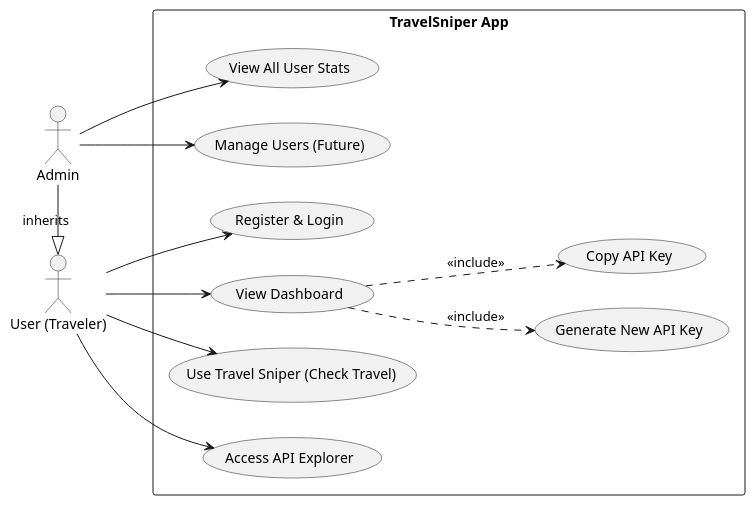
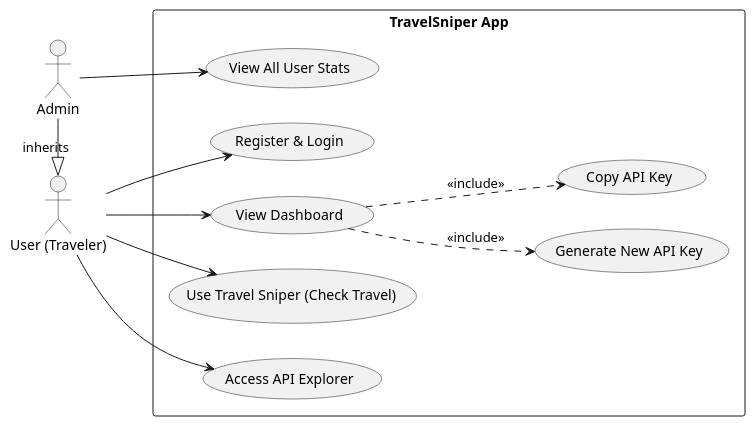
The diagram in usecase.puml (nacho0ol/048_travel-sniper-project_PWS), drawn with PlantUML before and after one commit. The commit also changed 1 other file, not shown here.

```diff
--- a/usecase.puml
+++ b/usecase.puml
@@ -1,28 +1,28 @@
 @startuml
 left to right direction
 actor "User (Traveler)" as User
 actor "Admin" as Admin
 
 rectangle "TravelSniper App" {
   usecase "Register & Login" as UC1
   usecase "View Dashboard" as UC2
   usecase "Generate New API Key" as UC3
   usecase "Copy API Key" as UC4
   usecase "Use Travel Sniper (Check Travel)" as UC5
   usecase "Access API Explorer" as UC6
   usecase "View All User Stats" as UC7
-  usecase "Manage Users (Future)" as UC8
+  
 }
 
 User --> UC1
 User --> UC2
 User --> UC5
 User --> UC6
 
 UC2 ..> UC3 : <<include>>
 UC2 ..> UC4 : <<include>>
 
 Admin -|> User : inherits
 Admin --> UC7
-Admin --> UC8
+
 @enduml
```
